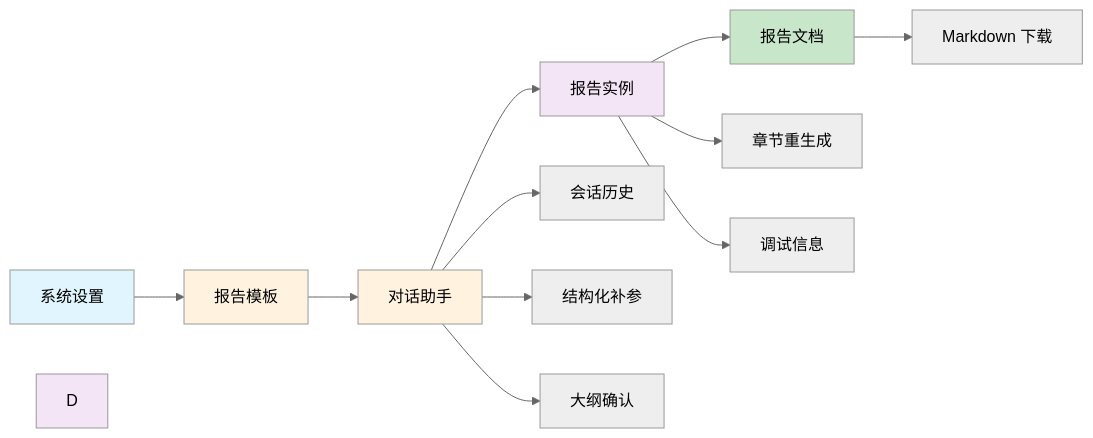
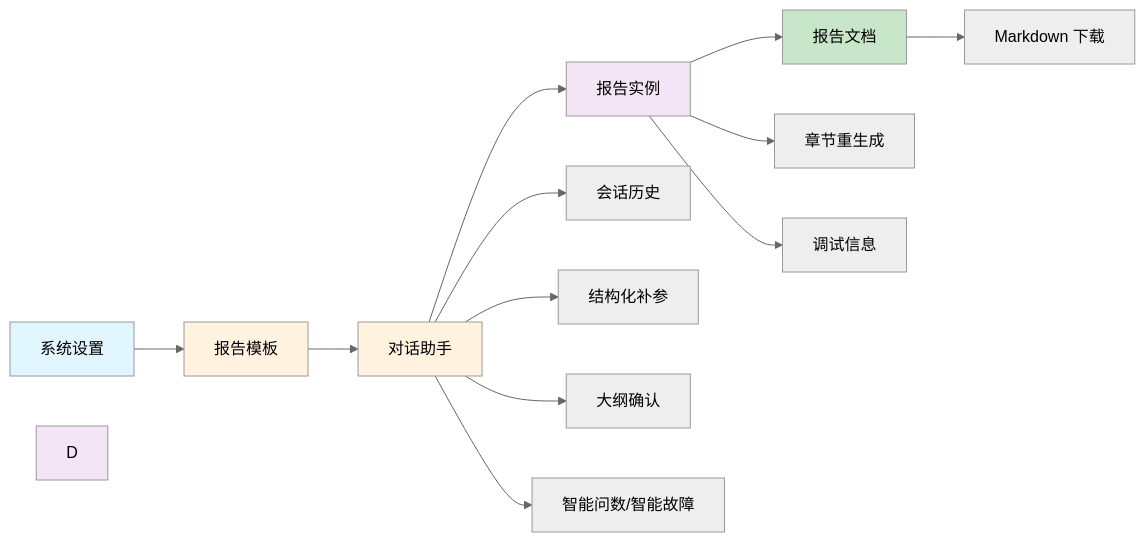
The second of 2 diagrams in design/story.md (shel447/ReportSystem), drawn with Mermaid (neutral theme) before and after one commit. The commit also changed other lines of this file and 8 other files, not shown here.

````diff
--- a/design/story.md
+++ b/design/story.md
@@ -393,21 +396,22 @@
 ```mermaid
 graph LR
     A[系统设置] --> B[报告模板]
     B --> C[对话助手]
     C --> E[报告实例]
     E --> F[报告文档]
 
     C --> C1[会话历史]
     C --> C2[结构化补参]
     C --> C3[大纲确认]
+    C --> C4[智能问数/智能故障]
     E --> E1[章节重生成]
     E --> E2[调试信息]
     F --> F1[Markdown 下载]
 
     style A fill:#e1f5fe
     style B fill:#fff3e0
     style C fill:#fff3e0
     style D fill:#f3e5f5
     style E fill:#f3e5f5
     style F fill:#c8e6c9
 ```
````
